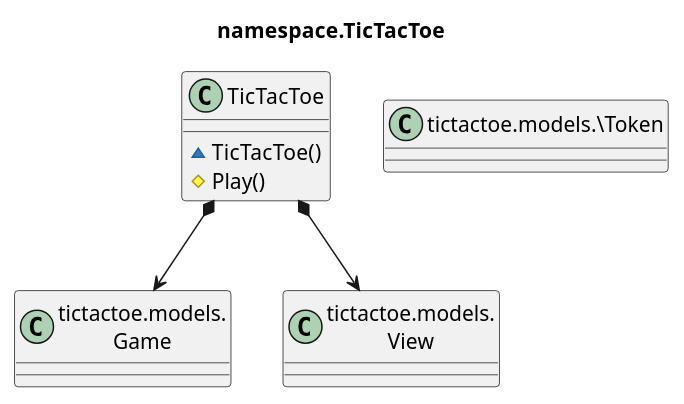
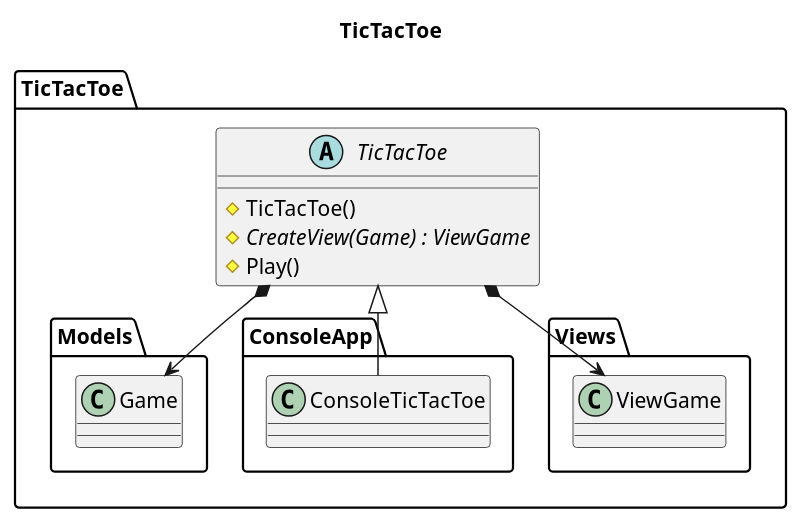
The first of 4 diagrams in src/TicTacToe/DocumentView/Basic/TicTacToeNamespace.plantuml (franpaulinoinfante/MasterSoftwareDevelopment), drawn with PlantUML before and after one commit. The commit also changed 7 other files, not shown here.

```diff
--- a/src/TicTacToe/DocumentView/Basic/TicTacToeNamespace.plantuml
+++ b/src/TicTacToe/DocumentView/Basic/TicTacToeNamespace.plantuml
@@ -1,14 +1,14 @@
 @startuml TicTacToe
-title namespace.TicTacToe
-class Game as "tictactoe.models.\nGame"
-class View as "tictactoe.models.\nView"
-class Token as "tictactoe.models.\Token"
-
-
-class TicTacToe{
-        ~TicTacToe()
+title TicTacToe
+namespace TicTacToe{
+    abstract TicTacToe{
+        #TicTacToe()
+        #{abstract} CreateView(Game) : ViewGame
         #Play()
     }
-    TicTacToe *-down-> Game
-    TicTacToe *-down-> View
+    TicTacToe *--> TicTacToe.Models.Game
+    TicTacToe <|-- TicTacToe.ConsoleApp.ConsoleTicTacToe
+    TicTacToe *--> TicTacToe.Views.ViewGame
+}
+
 @enduml
```
